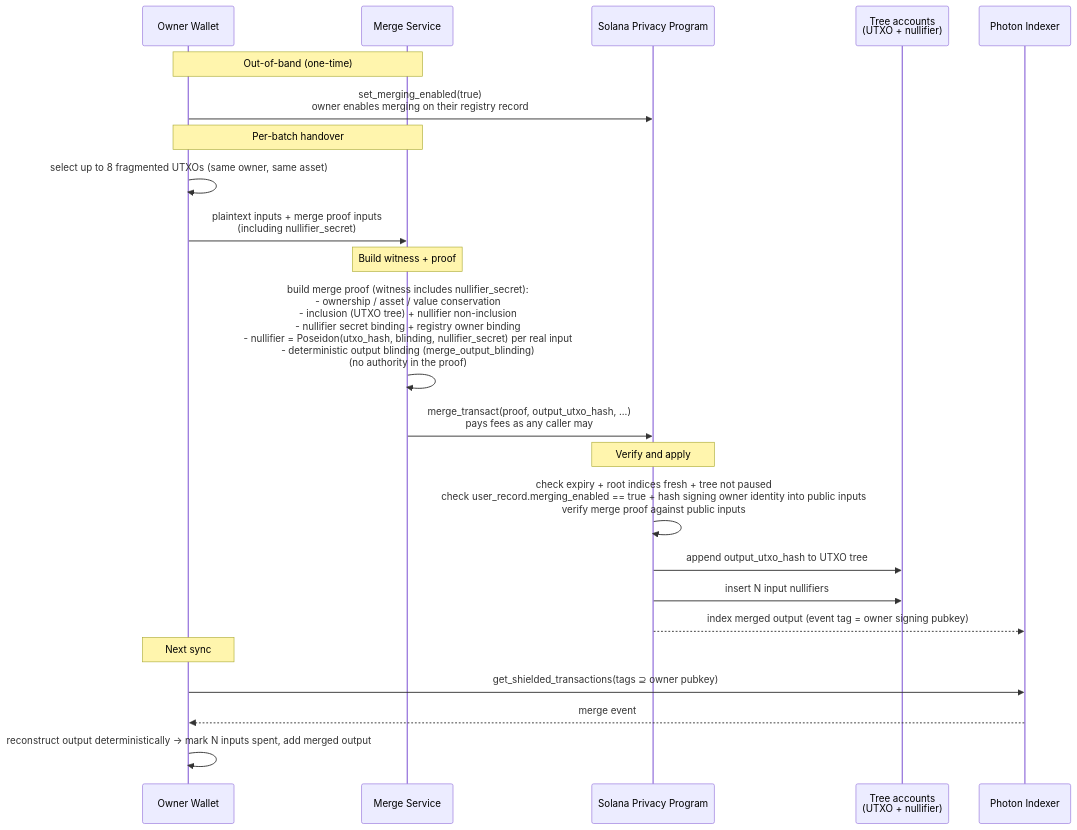
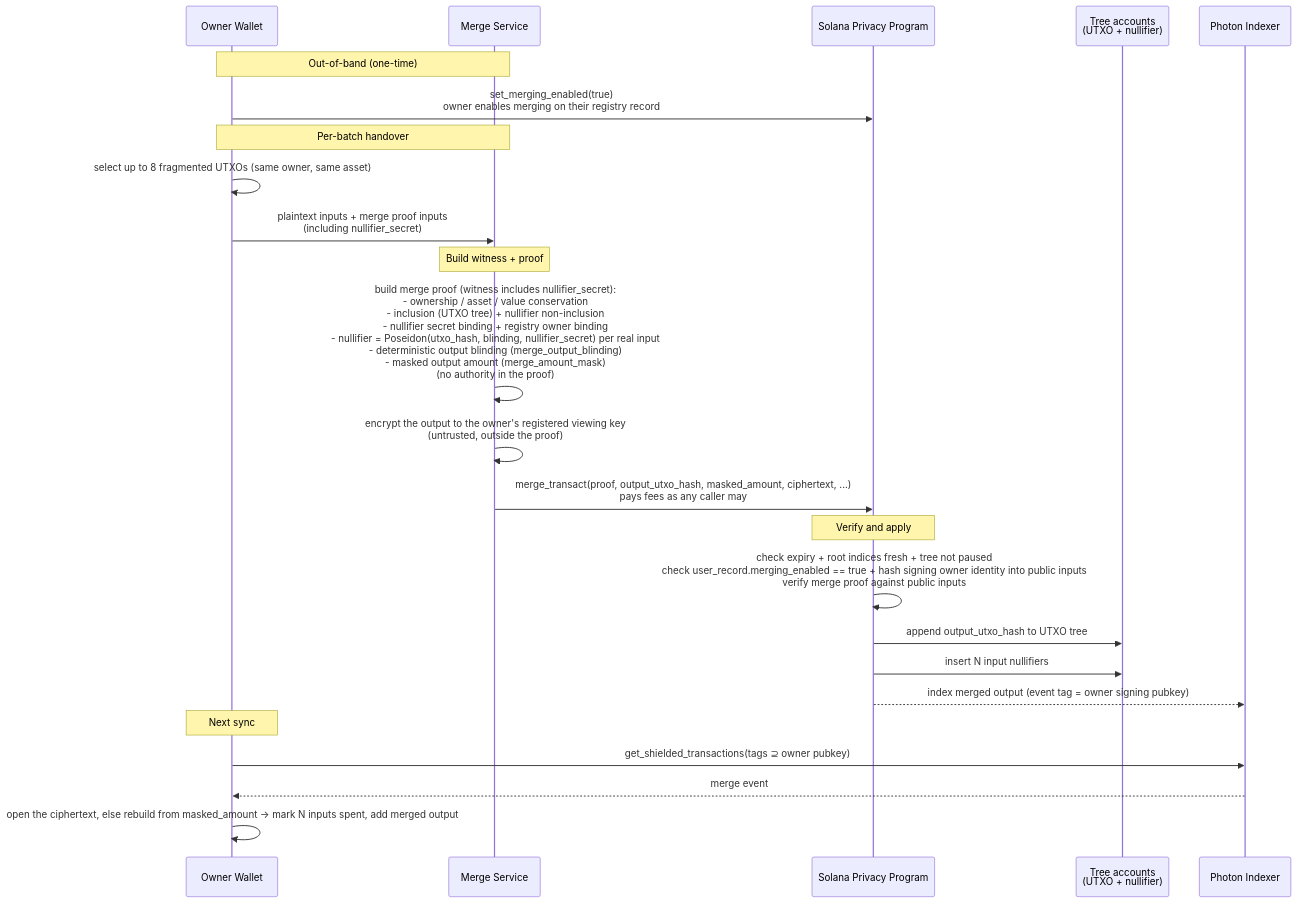
One commit to helius-labs/zolana changed the fifth of 5 diagrams in docs/spec.md. Above: the diagram before and after it, drawn with Mermaid. The commit also changed other lines of this file and 3 other files, not shown here.

Commit message:
docs(spec): describe the masked merge amount and the untrusted merge ciphertext

````diff
--- a/docs/spec.md
+++ b/docs/spec.md
@@ -2851,30 +2893,31 @@
 ```mermaid
 sequenceDiagram
     participant Wallet as Owner Wallet
     participant Merge as Merge Service
     participant SPP as Solana Privacy Program
     participant Trees as Tree accounts<br/>(UTXO + nullifier)
     participant Indexer as Photon Indexer
 
     Note over Merge,Wallet: Out-of-band (one-time)
     Wallet->>SPP: set_merging_enabled(true)<br/>owner enables merging on their registry record
 
     Note over Wallet,Merge: Per-batch handover
     Wallet->>Wallet: select up to 8 fragmented UTXOs (same owner, same asset)
     Wallet->>Merge: plaintext inputs + merge proof inputs<br/>(including nullifier_secret)
 
     Note over Merge: Build witness + proof
-    Merge->>Merge: build merge proof (witness includes nullifier_secret):<br/>- ownership / asset / value conservation<br/>- inclusion (UTXO tree) + nullifier non-inclusion<br/>- nullifier secret binding + registry owner binding<br/>- nullifier = Poseidon(utxo_hash, blinding, nullifier_secret) per real input<br/>- deterministic output blinding (merge_output_blinding)<br/>(no authority in the proof)
-    Merge->>SPP: merge_transact(proof, output_utxo_hash, ...)<br/>pays fees as any caller may
+    Merge->>Merge: build merge proof (witness includes nullifier_secret):<br/>- ownership / asset / value conservation<br/>- inclusion (UTXO tree) + nullifier non-inclusion<br/>- nullifier secret binding + registry owner binding<br/>- nullifier = Poseidon(utxo_hash, blinding, nullifier_secret) per real input<br/>- deterministic output blinding (merge_output_blinding)<br/>- masked output amount (merge_amount_mask)<br/>(no authority in the proof)
+    Merge->>Merge: encrypt the output to the owner's registered viewing key<br/>(untrusted, outside the proof)
+    Merge->>SPP: merge_transact(proof, output_utxo_hash, masked_amount, ciphertext, ...)<br/>pays fees as any caller may
 
     Note over SPP: Verify and apply
     SPP->>SPP: check expiry + root indices fresh + tree not paused<br/>check user_record.merging_enabled == true + hash signing owner identity into public inputs<br/>verify merge proof against public inputs
     SPP->>Trees: append output_utxo_hash to UTXO tree
     SPP->>Trees: insert N input nullifiers
     SPP-->>Indexer: index merged output (event tag = owner signing pubkey)
 
     Note over Wallet: Next sync
     Wallet->>Indexer: get_shielded_transactions(tags ⊇ owner pubkey)
     Indexer-->>Wallet: merge event
-    Wallet->>Wallet: reconstruct output deterministically → mark N inputs spent, add merged output
+    Wallet->>Wallet: open the ciphertext, else rebuild from masked_amount → mark N inputs spent, add merged output
 ```
````
